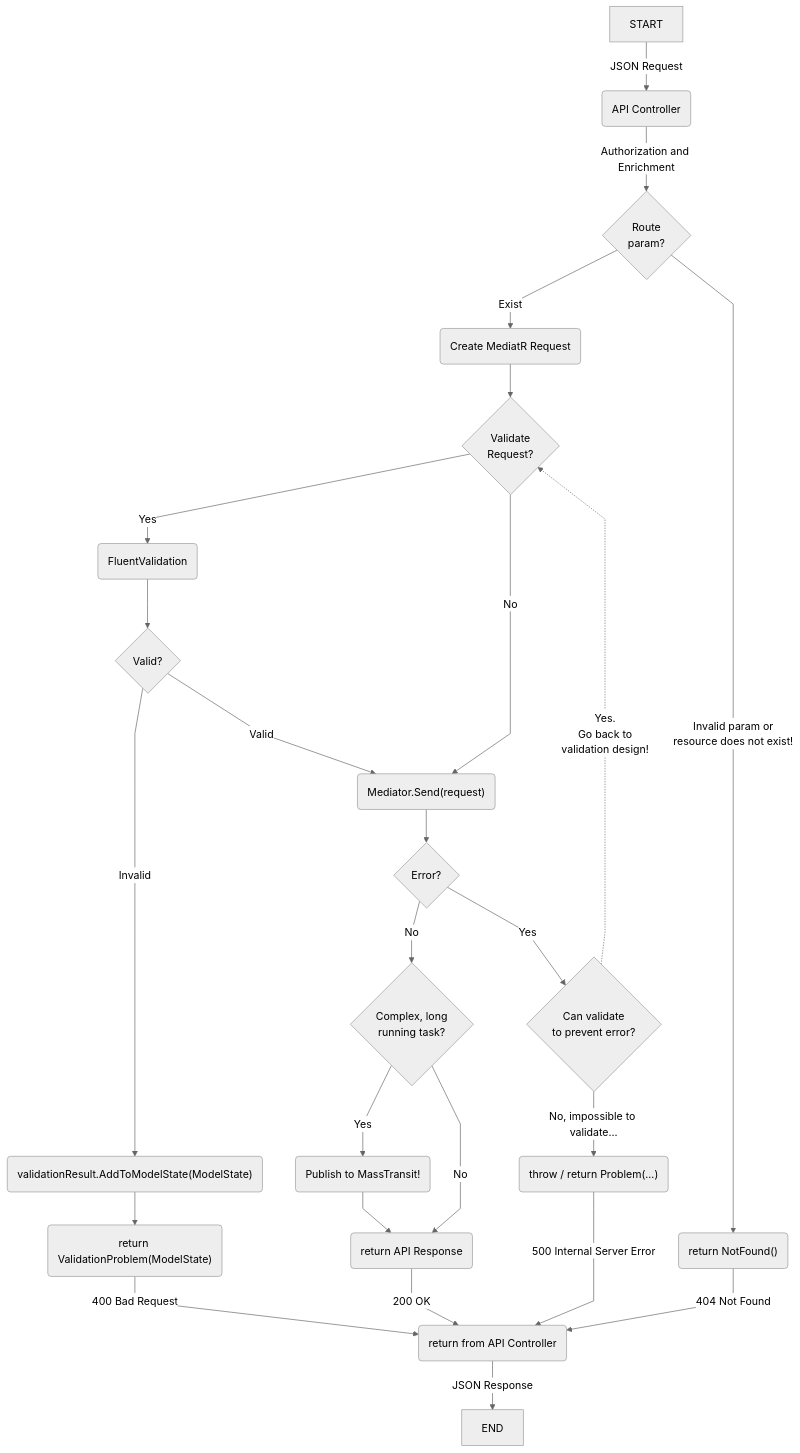
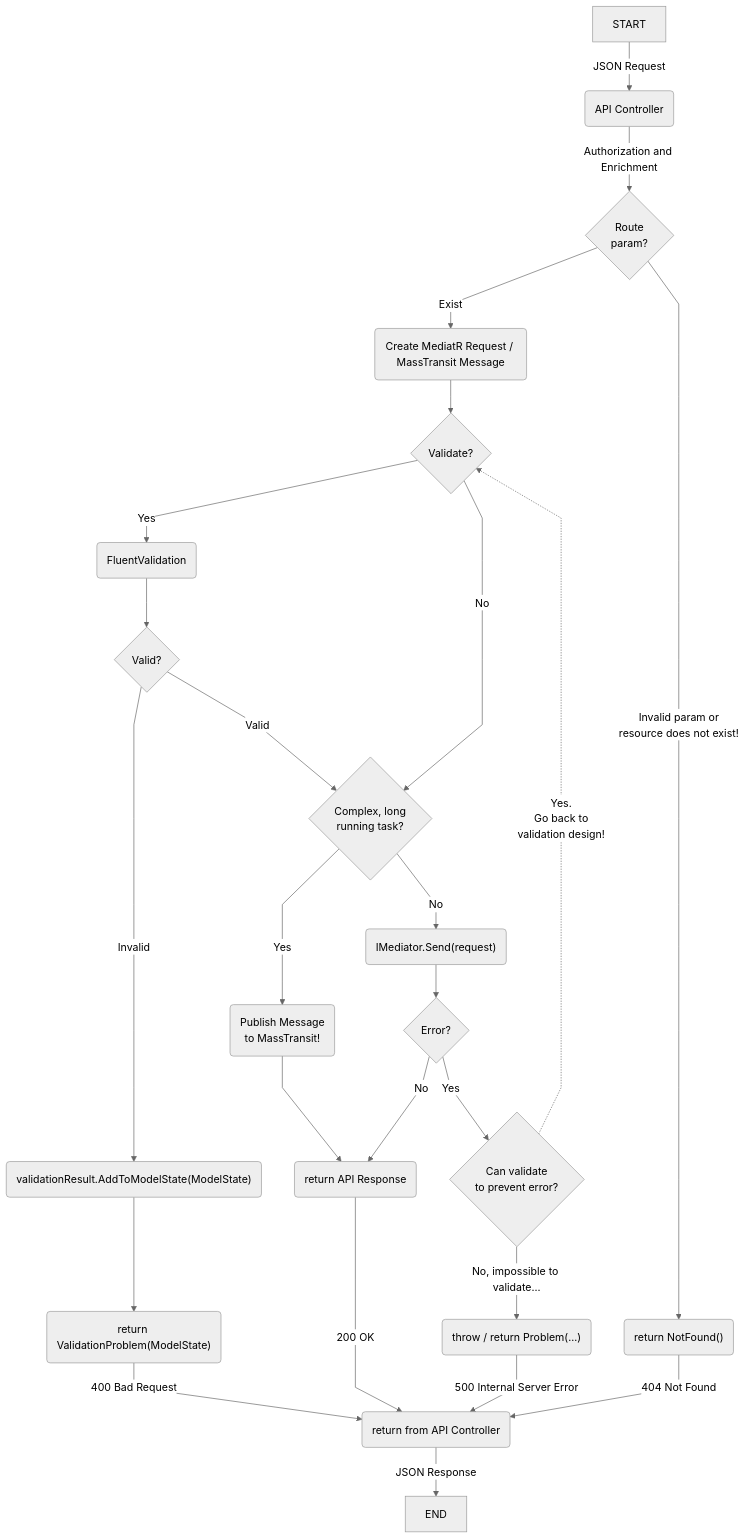
The diagram in README.md (accelist/Accelist.WebApiStandard), drawn with Mermaid (neutral theme) before and after one commit.

Commit message:
Fix MassTransit flow

````diff
--- a/README.md
+++ b/README.md
@@ -80,28 +80,28 @@
 ```mermaid
 %%{init: {'flowchart' : {'curve' : 'linear'}}}%%
 graph TD
     START --> |JSON Request| A(API Controller)
     A --> |Authorization and Enrichment| R{Route<br/>param?}
-    R --> |Exist| B(Create MediatR Request)
+    R --> |Exist| B(Create MediatR Request / MassTransit Message)
     R --> |Invalid param or <br/> resource does not exist!| R404("return NotFound()")
     R404 --> |404 Not Found| BACK
-    B --> C{Validate<br/>Request?}
+    B --> C{Validate?}
     C --> |Yes| D1(FluentValidation)
     C --> |No| F2
     D1 --> E{Valid?}
     E --> |Invalid| F400("validationResult.AddToModelState(ModelState)")
     E --> |Valid| F2
     F400 --> G400("return ValidationProblem(ModelState)")
     G400 --> |400 Bad Request| BACK
-    F2("Mediator.Send(request)") --> G{Error?}
-    G --> |No| H{Complex, long<br/>running task?}
-    G --> |Yes| H500{Can validate<br/>to prevent error?}
-    H --> |Yes| KRabbit("Publish to MassTransit!")
+    F2{Complex, long<br/>running task?} --> |Yes| KRabbit("Publish Message<br/>to MassTransit!")
+    F2 --> |No| G
+    G("IMediator.Send(request)") --> Catch{Error?}
+    Catch --> |No| L200
+    Catch --> |Yes| H500{Can validate<br/>to prevent error?}
     KRabbit --> L200
-    H --> |No| L200
     L200("return API Response") --> |200 OK|BACK
     H500 -."Yes.<br/>Go back to<br/>validation design!".-> C
     H500 --> |No, impossible to validate...|I500("throw / return Problem(...)")
     I500 --> |500 Internal Server Error| BACK
     BACK(return from API Controller) --> |JSON Response| END
 ```
````
